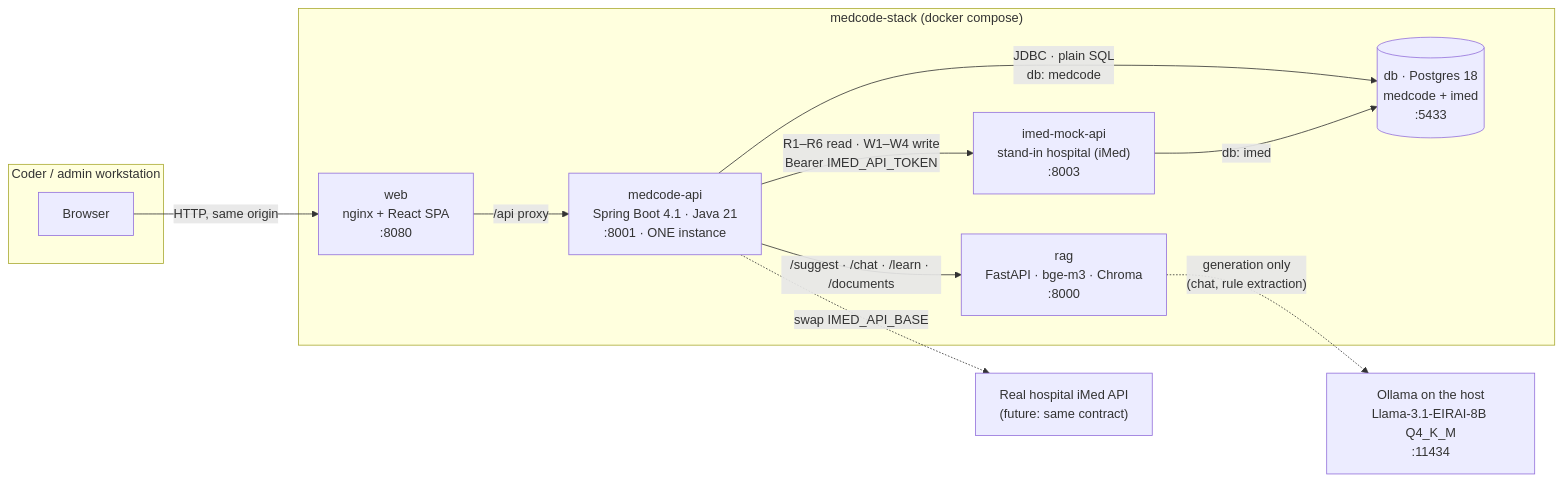
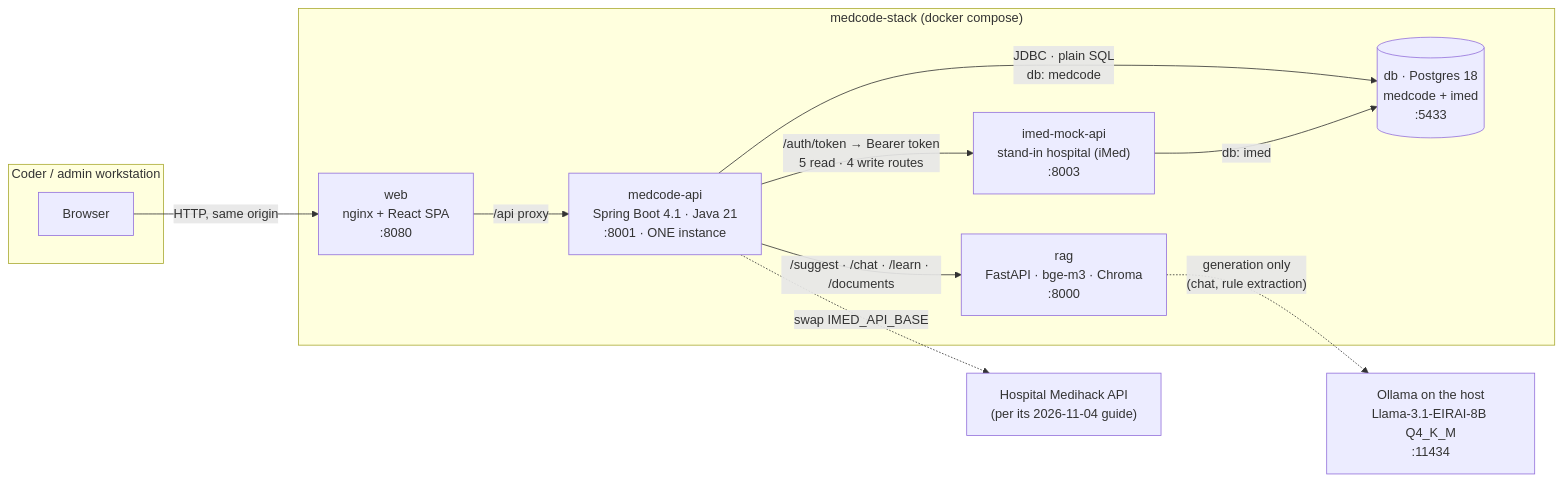
Before and after one commit to suvarna-stack/cura-ai: the first of 5 diagrams in docs/architecture.md, drawn with Mermaid. The commit also changed other lines of this file and 4 other files, not shown here.

First line of the commit message:
Point the stack at the hospital guide's client-credentials auth

````diff
--- a/docs/architecture.md
+++ b/docs/architecture.md
@@ -17,26 +17,26 @@
 ```mermaid
 flowchart LR
   subgraph coder["Coder / admin workstation"]
     browser["Browser"]
   end
 
   subgraph stack["medcode-stack (docker compose)"]
     web["web<br/>nginx + React SPA<br/>:8080"]
     api["medcode-api<br/>Spring Boot 4.1 · Java 21<br/>:8001 · ONE instance"]
     rag["rag<br/>FastAPI · bge-m3 · Chroma<br/>:8000"]
     db[("db · Postgres 18<br/>medcode + imed<br/>:5433")]
     imed["imed-mock-api<br/>stand-in hospital (iMed)<br/>:8003"]
   end
 
   ollama["Ollama on the host<br/>Llama-3.1-EIRAI-8B Q4_K_M<br/>:11434"]
-  real["Real hospital iMed API<br/>(future: same contract)"]
+  real["Hospital Medihack API<br/>(per its 2026-11-04 guide)"]
 
   browser -->|"HTTP, same origin"| web
   web -->|"/api proxy"| api
   api -->|"JDBC · plain SQL<br/>db: medcode"| db
   imed -->|"db: imed"| db
-  api -->|"R1–R6 read · W1–W4 write<br/>Bearer IMED_API_TOKEN"| imed
+  api -->|"/auth/token → Bearer token<br/>5 read · 4 write routes"| imed
   api -.->|"swap IMED_API_BASE"| real
   api -->|"/suggest · /chat · /learn · /documents"| rag
   rag -.->|"generation only<br/>(chat, rule extraction)"| ollama
 ```
````
